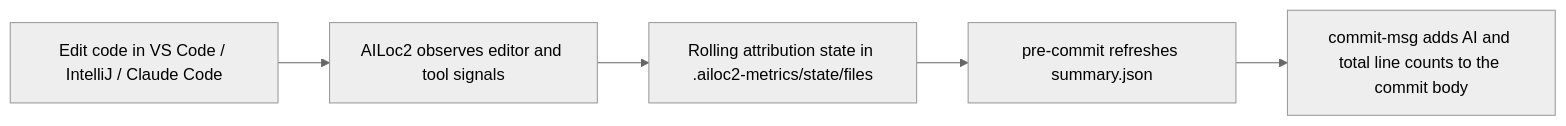
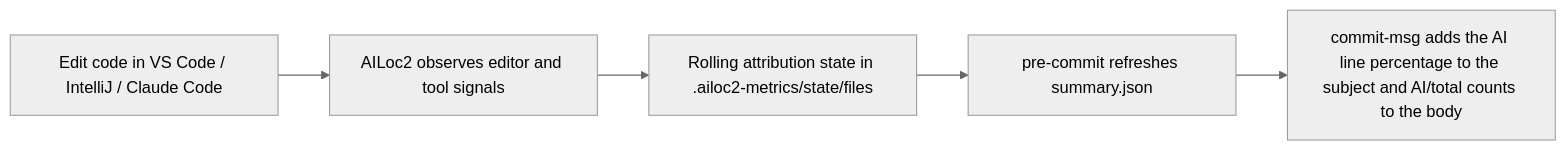
One commit to Gogolian/ailoc2-probe-extension changed the diagram in README.md. Above: the diagram before and after it, drawn with Mermaid (neutral theme). The commit also changed other lines of this file and 18 other files, not shown here.

````diff
--- a/README.md
+++ b/README.md
@@ -61,7 +61,7 @@
 ```mermaid
 flowchart LR
     A[Edit code in VS Code / IntelliJ / Claude Code] --> B[AILoc2 observes editor and tool signals]
     B --> C[Rolling attribution state in .ailoc2-metrics/state/files]
     C --> D[pre-commit refreshes summary.json]
-    D --> E[commit-msg adds AI and total line counts to the commit body]
+    D --> E[commit-msg adds the AI line percentage to the subject and AI/total counts to the body]
 ```
````
